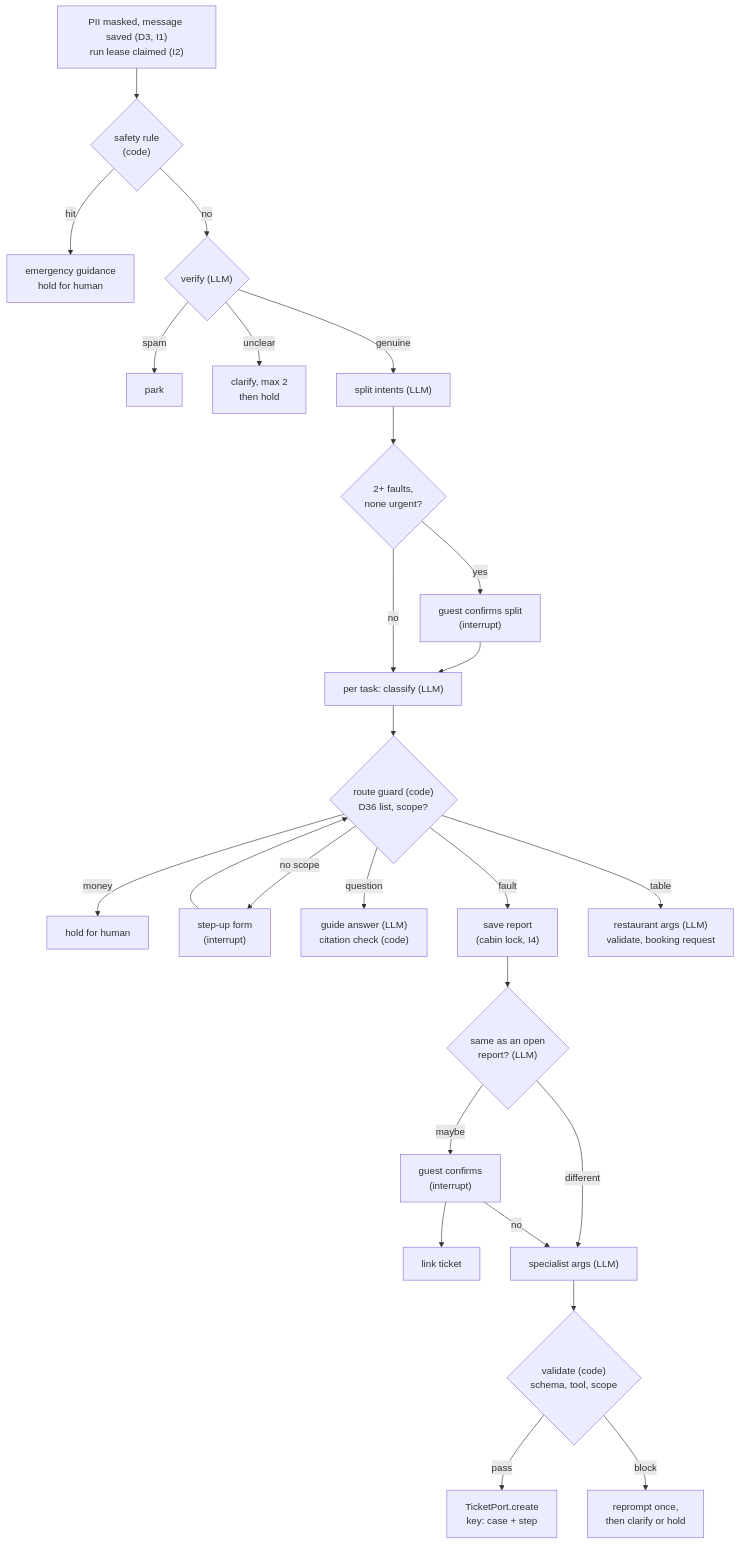
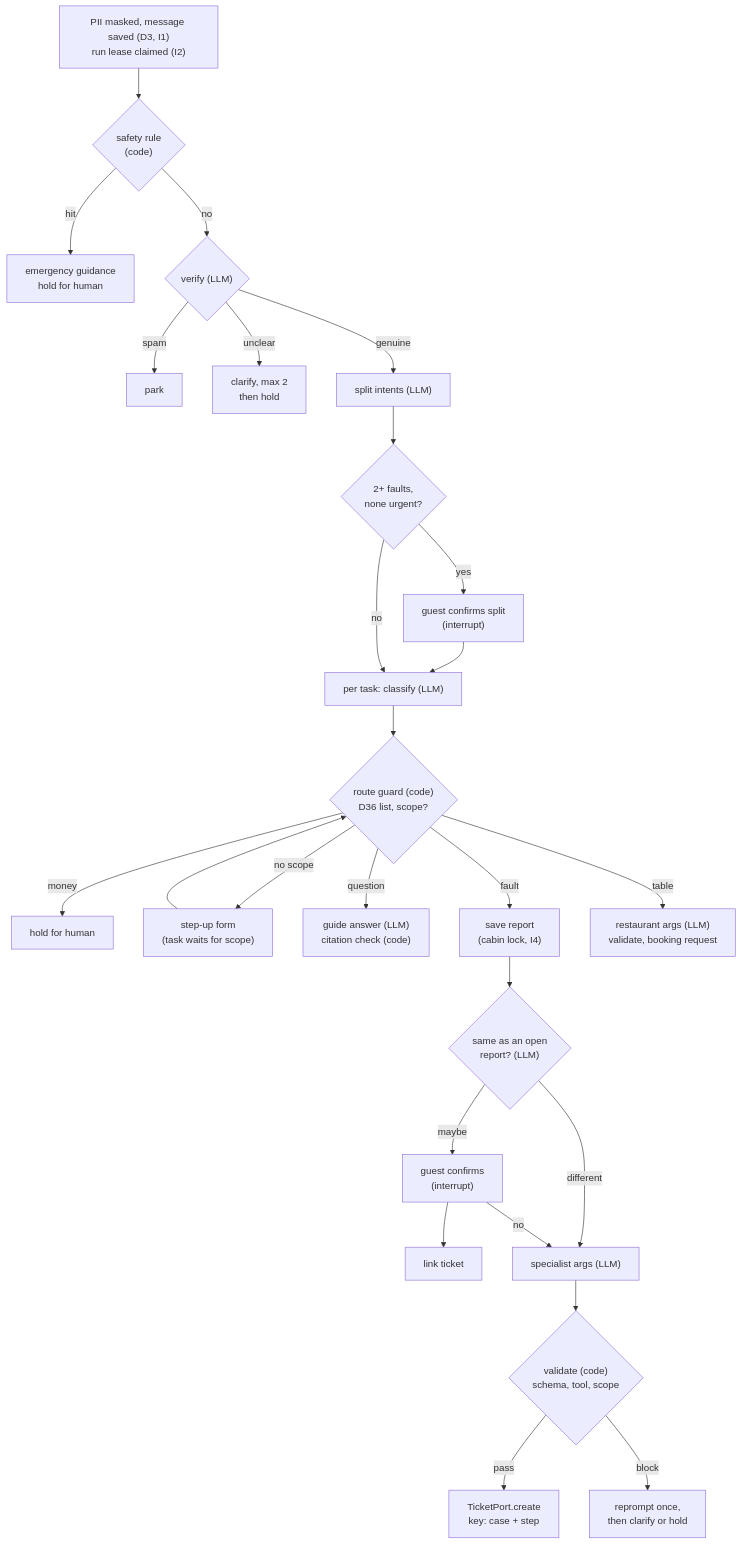
The second of 5 diagrams in docs/architecture.md (nish1013/camp-guest-ai-agent), drawn with Mermaid before and after one commit. The commit also changed 48 other files, not shown here.

Commit message:
Step-up: stay port, booking form, attempt limits, parking (#7)

````diff
--- a/docs/architecture.md
+++ b/docs/architecture.md
@@ -50,24 +50,24 @@
 ```mermaid
 flowchart TD
   In["PII masked, message saved (D3, I1)<br/>run lease claimed (I2)"] --> Safety{"safety rule<br/>(code)"}
   Safety -- hit --> Emergency["emergency guidance<br/>hold for human"]
   Safety -- no --> Verify{"verify (LLM)"}
   Verify -- spam --> Park["park"]
   Verify -- unclear --> Clarify["clarify, max 2<br/>then hold"]
   Verify -- genuine --> Split["split intents (LLM)"]
   Split --> Confirm{"2+ faults,<br/>none urgent?"}
   Confirm -- yes --> AskSplit["guest confirms split<br/>(interrupt)"] --> Classify
   Confirm -- no --> Classify["per task: classify (LLM)"]
   Classify --> Guard{"route guard (code)<br/>D36 list, scope?"}
   Guard -- money --> Hold["hold for human"]
-  Guard -- no scope --> StepUp["step-up form<br/>(interrupt)"] --> Guard
+  Guard -- no scope --> StepUp["step-up form<br/>(task waits for scope)"] --> Guard
   Guard -- question --> Answer["guide answer (LLM)<br/>citation check (code)"]
   Guard -- fault --> Report["save report<br/>(cabin lock, I4)"] --> Same{"same as an open<br/>report? (LLM)"}
   Same -- maybe --> AskSame["guest confirms<br/>(interrupt)"] --> Link["link ticket"]
   Same -- different --> Args["specialist args (LLM)"]
   AskSame -- no --> Args
   Args --> Validate{"validate (code)<br/>schema, tool, scope"}
   Validate -- pass --> Ticket["TicketPort.create<br/>key: case + step"]
   Validate -- block --> Reprompt["reprompt once,<br/>then clarify or hold"]
   Guard -- table --> Booking["restaurant args (LLM)<br/>validate, booking request"]
 ```
````
